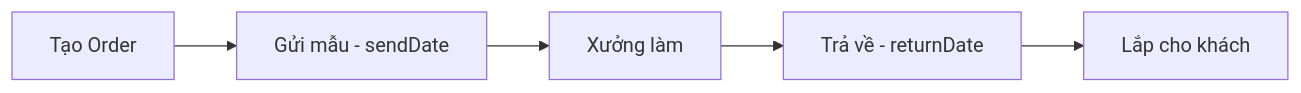
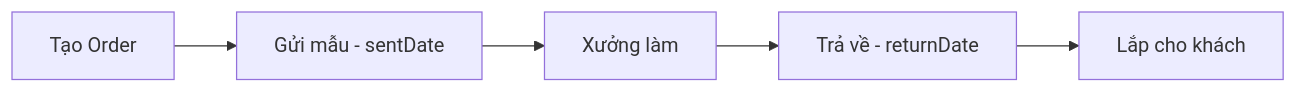
One commit to phMDiunch/drdee-antd changed the diagram in docs/requirements/016.3 Labo Orders - Daily View.md. Above: the diagram before and after it, drawn with Mermaid. The commit also changed other lines of this file and 29 other files, not shown here.

````diff
--- a/docs/requirements/016.3 Labo Orders - Daily View.md
+++ b/docs/requirements/016.3 Labo Orders - Daily View.md
@@ -622,7 +622,7 @@
 ```mermaid
 graph LR
-  A[Tạo Order] --> B[Gửi mẫu - sendDate]
+  A[Tạo Order] --> B[Gửi mẫu - sentDate]
   B --> C[Xưởng làm]
   C --> D[Trả về - returnDate]
   D --> E[Lắp cho khách]
 ```
````
